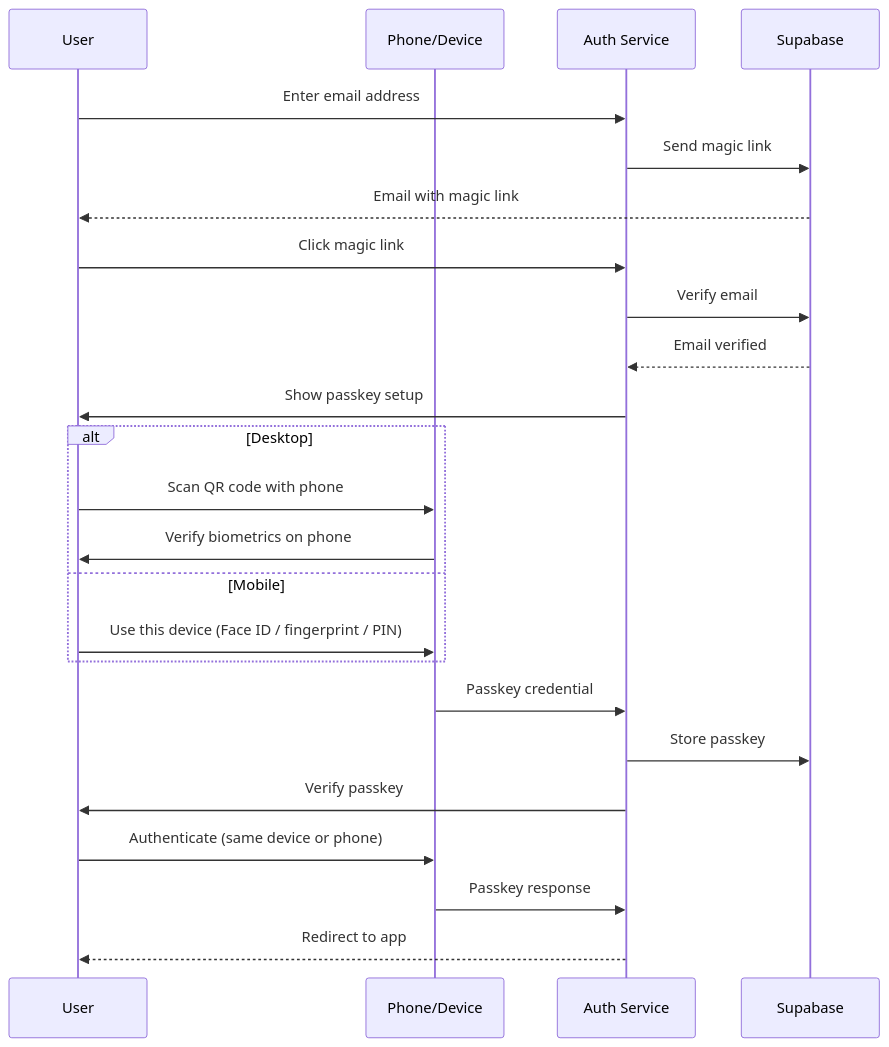
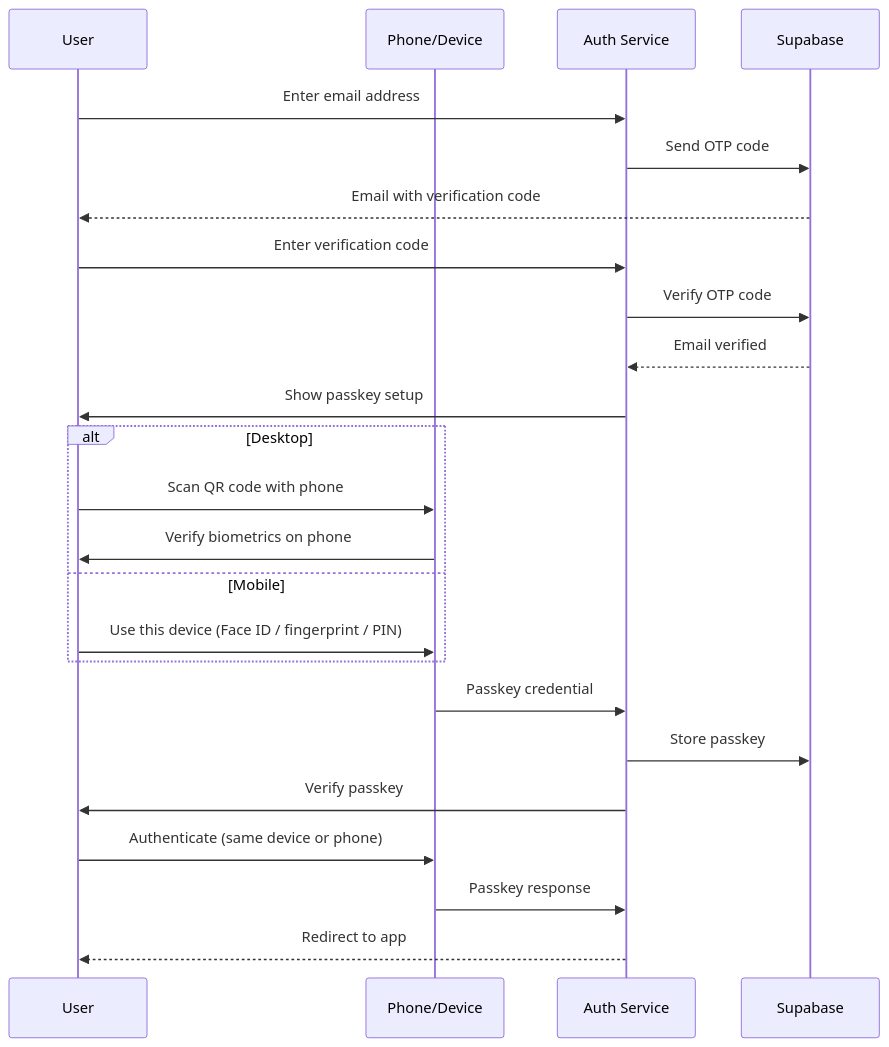
The first of 2 diagrams in README.md (CasparRubin/helvety-auth), drawn with Mermaid before and after one commit. The commit also changed other lines of this file and 14 other files, not shown here.

Commit message:
chore: complete OTP migration cleanup, remove legacy magic link references

````diff
--- a/README.md
+++ b/README.md
@@ -42,27 +42,27 @@
 ```mermaid
 sequenceDiagram
     participant U as User
     participant P as Phone/Device
     participant A as Auth Service
     participant S as Supabase
 
     U->>A: Enter email address
-    A->>S: Send magic link
-    S-->>U: Email with magic link
-    U->>A: Click magic link
-    A->>S: Verify email
+    A->>S: Send OTP code
+    S-->>U: Email with verification code
+    U->>A: Enter verification code
+    A->>S: Verify OTP code
     S-->>A: Email verified
     A->>U: Show passkey setup
     alt Desktop
       U->>P: Scan QR code with phone
       P->>U: Verify biometrics on phone
     else Mobile
       U->>P: Use this device (Face ID / fingerprint / PIN)
     end
     P->>A: Passkey credential
     A->>S: Store passkey
     A->>U: Verify passkey
     U->>P: Authenticate (same device or phone)
     P->>A: Passkey response
     A-->>U: Redirect to app
 ```
````
